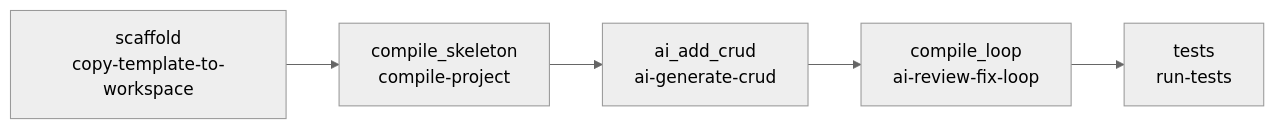
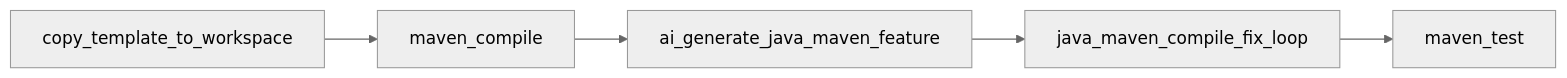
One commit to ako74programmer/poc-cronova-windows changed the diagram in docs/SDLC_SPRINGBOOT_TECHNICAL.md. Above: the diagram before and after it, drawn with Mermaid (neutral theme). The commit also changed other lines of this file and 19 other files, not shown here.

````diff
--- a/docs/SDLC_SPRINGBOOT_TECHNICAL.md
+++ b/docs/SDLC_SPRINGBOOT_TECHNICAL.md
@@ -44,7 +28,7 @@
 ```mermaid
 flowchart LR
-  A[scaffold\ncopy-template-to-workspace] --> B[compile_skeleton\ncompile-project]
-  B --> C[ai_add_crud\nai-generate-crud]
-  C --> D[compile_loop\nai-review-fix-loop]
-  D --> E[tests\nrun-tests]
+  A[copy_template_to_workspace] --> B[maven_compile]
+  B --> C[ai_generate_java_maven_feature]
+  C --> D[java_maven_compile_fix_loop]
+  D --> E[maven_test]
 ```
````
